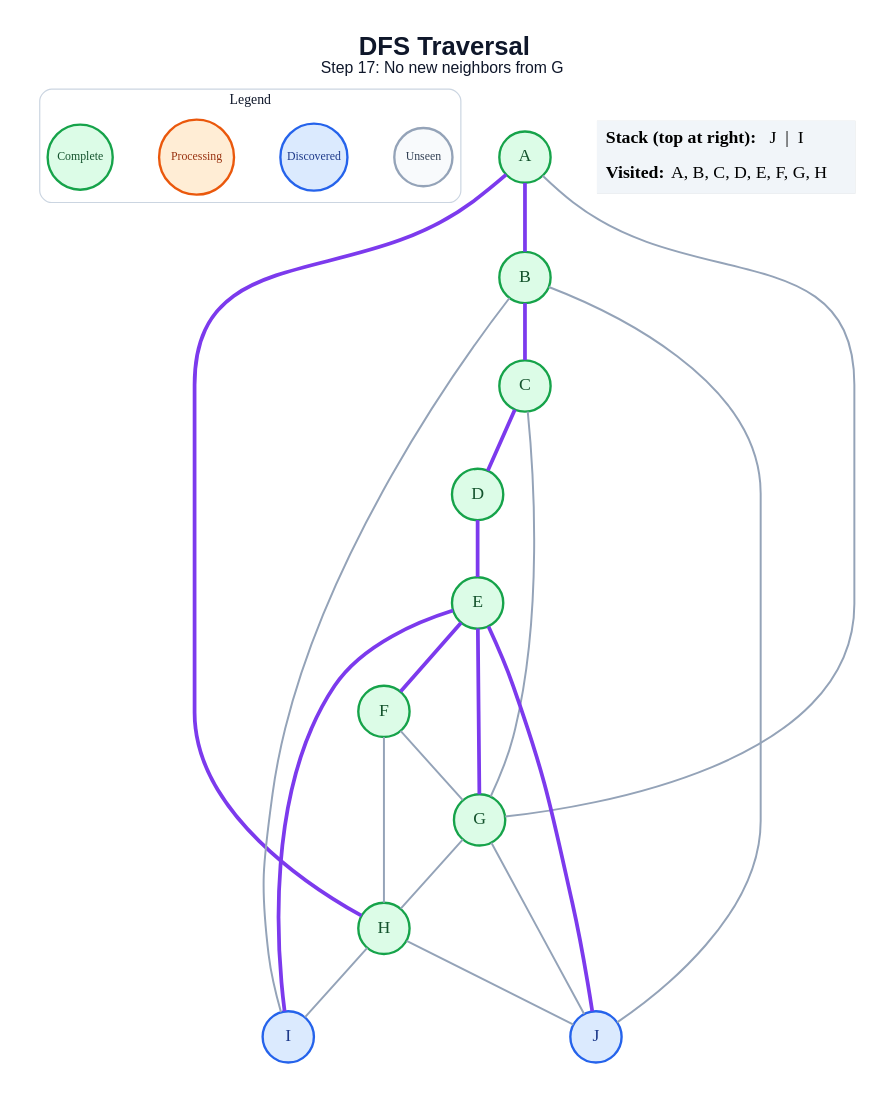
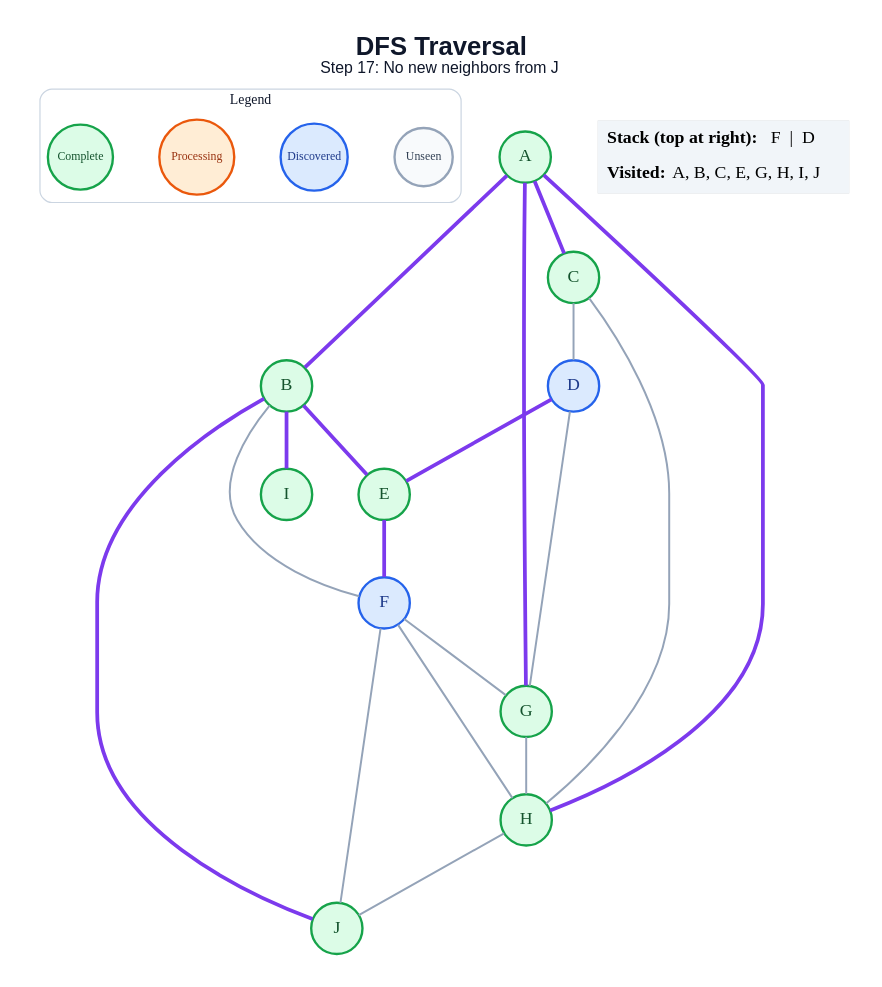
The diagram in generated/specific-node/dfs/step_17.dot (anon7238593-create/ai-slop), drawn with Graphviz before and after one commit. The commit also changed 178 other files, not shown here.

```diff
--- a/generated/specific-node/dfs/step_17.dot
+++ b/generated/specific-node/dfs/step_17.dot
@@ -1,48 +1,47 @@
 graph traversal {
   graph [layout=dot, rankdir=TB, bgcolor="#FFFFFF", pad="0.35", nodesep="0.65", ranksep="0.8", fontname="Arial"];
   node [shape=circle, style="filled", fontname="Arial Bold", fontsize=18, width=0.72, fixedsize=true, penwidth=2.4];
   edge [color="#94A3B8", penwidth=2.0];
-  label=<<B>DFS Traversal</B><BR/><FONT POINT-SIZE="16">Step 17: No new neighbors from G</FONT>>; labelloc="t"; fontsize=26; fontname="Arial"; fontcolor="#0F172A";
+  label=<<B>DFS Traversal</B><BR/><FONT POINT-SIZE="16">Step 17: No new neighbors from J</FONT>>; labelloc="t"; fontsize=26; fontname="Arial"; fontcolor="#0F172A";
   subgraph cluster_legend { label="Legend"; color="#CBD5E1"; penwidth=1.2; style="rounded"; fontsize=14; fontname="Arial Bold";
     key_unseen [label="Unseen", fillcolor="#F8FAFC", color="#94A3B8", fontcolor="#334155", fontsize=12, width=0.82];
     key_frontier [label="Discovered", fillcolor="#DBEAFE", color="#2563EB", fontcolor="#1E3A8A", fontsize=12, width=0.95];
     key_current [label="Processing", fillcolor="#FFEDD5", color="#EA580C", fontcolor="#9A3412", fontsize=12, width=1.05];
     key_done [label="Complete", fillcolor="#DCFCE7", color="#16A34A", fontcolor="#14532D", fontsize=12, width=0.92];
     { rank=same; key_unseen; key_frontier; key_current; key_done; }
   }
   A [fillcolor="#DCFCE7", color="#16A34A", fontcolor="#14532D"];
   B [fillcolor="#DCFCE7", color="#16A34A", fontcolor="#14532D"];
   C [fillcolor="#DCFCE7", color="#16A34A", fontcolor="#14532D"];
-  D [fillcolor="#DCFCE7", color="#16A34A", fontcolor="#14532D"];
+  D [fillcolor="#DBEAFE", color="#2563EB", fontcolor="#1E3A8A"];
   E [fillcolor="#DCFCE7", color="#16A34A", fontcolor="#14532D"];
-  F [fillcolor="#DCFCE7", color="#16A34A", fontcolor="#14532D"];
+  F [fillcolor="#DBEAFE", color="#2563EB", fontcolor="#1E3A8A"];
   G [fillcolor="#DCFCE7", color="#16A34A", fontcolor="#14532D"];
   H [fillcolor="#DCFCE7", color="#16A34A", fontcolor="#14532D"];
-  I [fillcolor="#DBEAFE", color="#2563EB", fontcolor="#1E3A8A"];
-  J [fillcolor="#DBEAFE", color="#2563EB", fontcolor="#1E3A8A"];
+  I [fillcolor="#DCFCE7", color="#16A34A", fontcolor="#14532D"];
+  J [fillcolor="#DCFCE7", color="#16A34A", fontcolor="#14532D"];
   A -- B [color="#7C3AED", penwidth=3.8];
-  A -- G;
+  A -- C [color="#7C3AED", penwidth=3.8];
+  A -- G [color="#7C3AED", penwidth=3.8];
   A -- H [color="#7C3AED", penwidth=3.8];
-  B -- C [color="#7C3AED", penwidth=3.8];
-  B -- I;
-  B -- J;
-  C -- D [color="#7C3AED", penwidth=3.8];
-  C -- G;
+  B -- E [color="#7C3AED", penwidth=3.8];
+  B -- F;
+  B -- I [color="#7C3AED", penwidth=3.8];
+  B -- J [color="#7C3AED", penwidth=3.8];
+  C -- D;
+  C -- H;
   D -- E [color="#7C3AED", penwidth=3.8];
+  D -- G;
   E -- F [color="#7C3AED", penwidth=3.8];
-  E -- G [color="#7C3AED", penwidth=3.8];
-  E -- I [color="#7C3AED", penwidth=3.8];
-  E -- J [color="#7C3AED", penwidth=3.8];
   F -- G;
   F -- H;
+  F -- J;
   G -- H;
-  G -- J;
-  H -- I;
   H -- J;
   status [shape=plain, fixedsize=false, width=0, height=0, margin=0, label=<
     <TABLE BORDER="0" CELLBORDER="0" CELLPADDING="7" BGCOLOR="#F1F5F9">
-      <TR><TD ALIGN="LEFT"><B>Stack (top at right):</B> J  |  I</TD></TR>
-      <TR><TD ALIGN="LEFT"><B>Visited:</B> A, B, C, D, E, F, G, H</TD></TR>
+      <TR><TD ALIGN="LEFT"><B>Stack (top at right):</B> F  |  D</TD></TR>
+      <TR><TD ALIGN="LEFT"><B>Visited:</B> A, B, C, E, G, H, I, J</TD></TR>
     </TABLE>
   >];
 }
```
